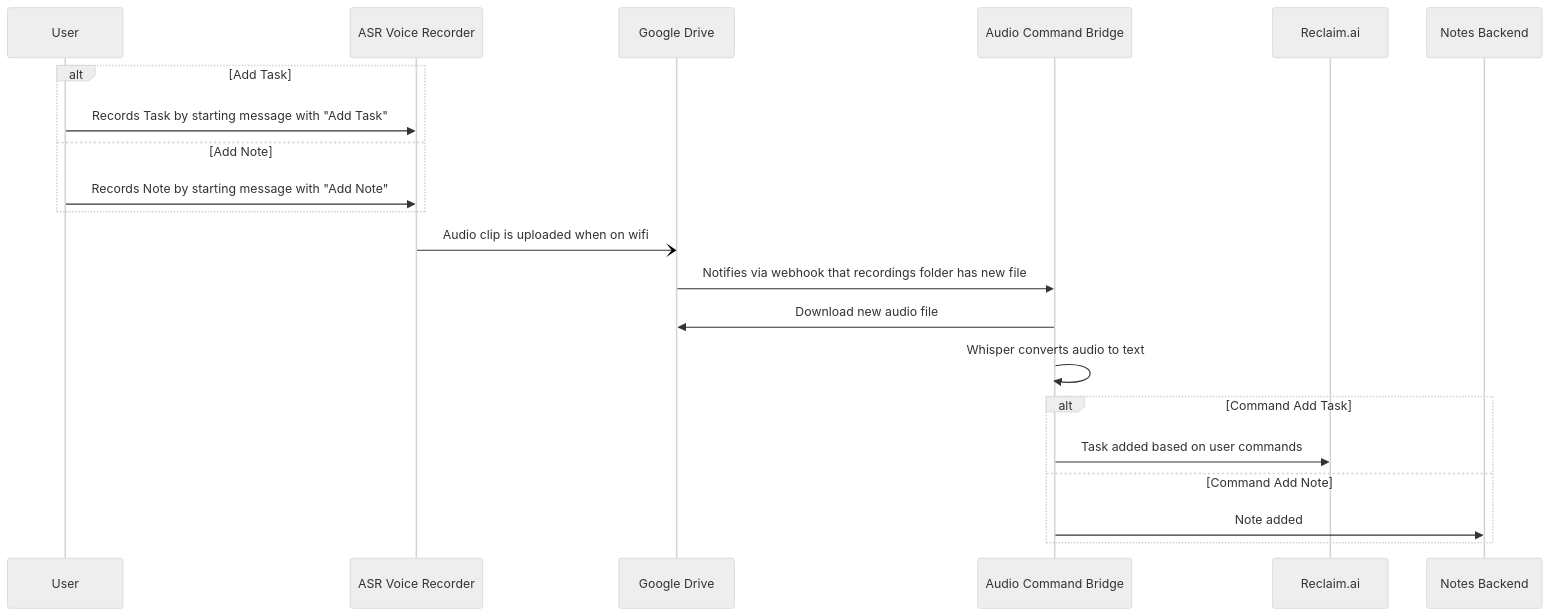
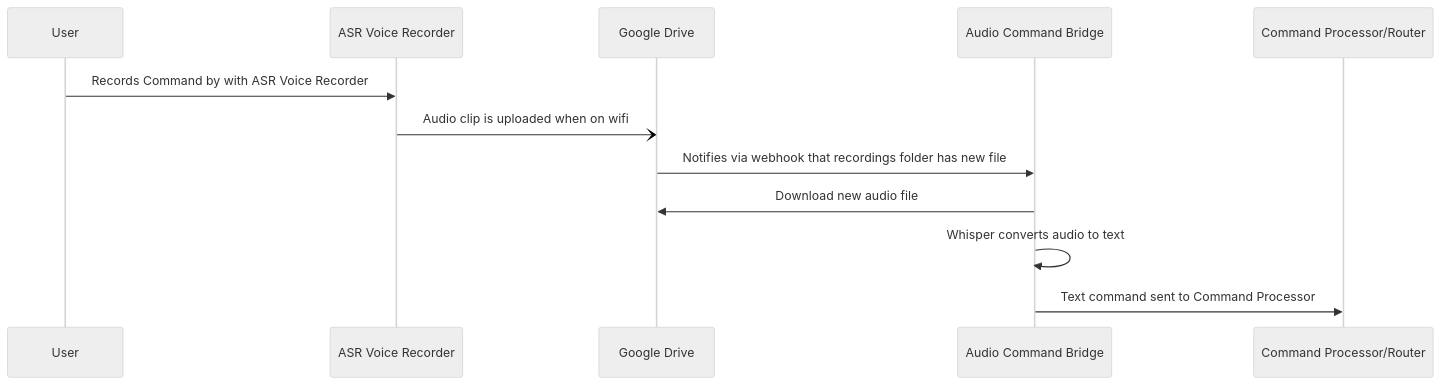
Before and after one commit to anichno/audio-command-bridge: the second of 2 diagrams in Notes/Service Architecture.md, drawn with Mermaid (neutral theme). The commit also changed other lines of this file and 4 other files, not shown here.

````diff
--- a/Notes/Service Architecture.md
+++ b/Notes/Service Architecture.md
@@ -6,26 +18,16 @@
 ```mermaid
 sequenceDiagram
 	participant U as User
 	participant A as ASR Voice Recorder
 	participant G as Google Drive
 	participant B as Audio Command Bridge
-	participant R as Reclaim.ai
-	participant N as Notes Backend
+	participant C as Command Processor/Router
 
-	alt Add Task
-		U ->> A: Records Task by starting message with "Add Task"
-	else Add Note
-		U ->> A: Records Note by starting message with "Add Note"
-	end
 
+	U ->> A: Records Command by with ASR Voice Recorder
 	A -) G: Audio clip is uploaded when on wifi
 	G ->> B: Notifies via webhook that recordings folder has new file
 	B ->> G: Download new audio file
 	B ->> B: Whisper converts audio to text
-
-	alt Command Add Task
-		B ->> R: Task added based on user commands
-	else Command Add Note
-		B ->> N: Note added
-	end
+	B ->> C: Text command sent to Command Processor
 ```
````
